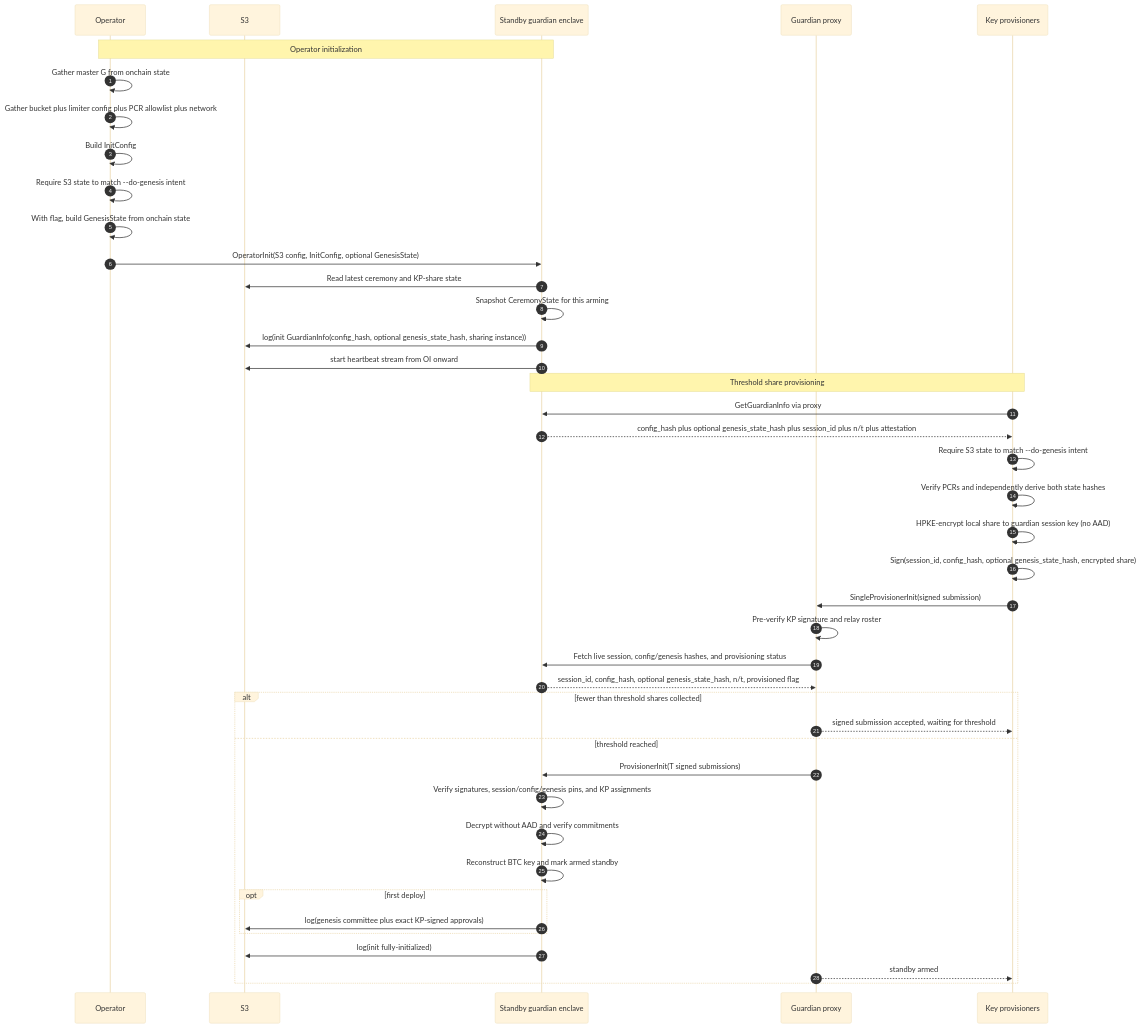
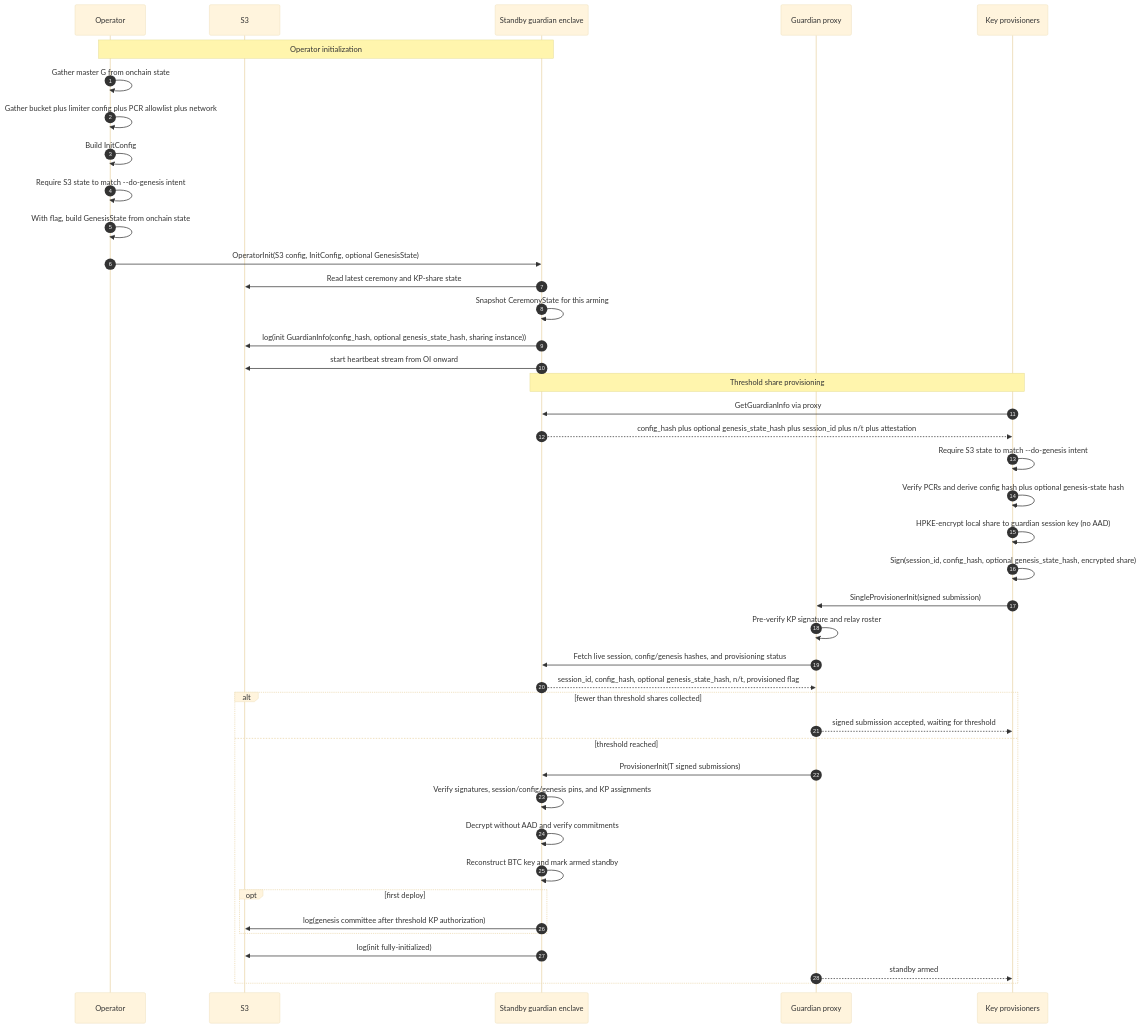
One commit to MystenLabs/hashi changed the second of 4 diagrams in design/docs/guardian.mdx. Above: the diagram before and after it, drawn with Mermaid (base theme). The commit also changed other lines of this file and 7 other files, not shown here.

Commit message:
chore(guardian): omit genesis approval persistence

````diff
--- a/design/docs/guardian.mdx
+++ b/design/docs/guardian.mdx
@@ -77,47 +77,47 @@
 ```mermaid
 sequenceDiagram
     autonumber
 
     participant Operator
     participant S3
     participant Guardian as Standby guardian enclave
     participant Proxy as Guardian proxy
     participant KPs as Key provisioners
 
     Note over Operator,Guardian: Operator initialization
     Operator->>Operator: Gather master G from onchain state
     Operator->>Operator: Gather bucket plus limiter config plus PCR allowlist plus network
     Operator->>Operator: Build InitConfig
     Operator->>Operator: Require S3 state to match --do-genesis intent
     Operator->>Operator: With flag, build GenesisState from onchain state
     Operator->>Guardian: OperatorInit(S3 config, InitConfig, optional GenesisState)
     Guardian->>S3: Read latest ceremony and KP-share state
     Guardian->>Guardian: Snapshot CeremonyState for this arming
     Guardian->>S3: log(init GuardianInfo(config_hash, optional genesis_state_hash, sharing instance))
     Guardian->>S3: start heartbeat stream from OI onward
 
     Note over KPs,Guardian: Threshold share provisioning
     KPs->>Guardian: GetGuardianInfo via proxy
     Guardian-->>KPs: config_hash plus optional genesis_state_hash plus session_id plus n/t plus attestation
     KPs->>KPs: Require S3 state to match --do-genesis intent
-    KPs->>KPs: Verify PCRs and independently derive both state hashes
+    KPs->>KPs: Verify PCRs and derive config hash plus optional genesis-state hash
     KPs->>KPs: HPKE-encrypt local share to guardian session key (no AAD)
     KPs->>KPs: Sign(session_id, config_hash, optional genesis_state_hash, encrypted share)
     KPs->>Proxy: SingleProvisionerInit(signed submission)
     Proxy->>Proxy: Pre-verify KP signature and relay roster
     Proxy->>Guardian: Fetch live session, config/genesis hashes, and provisioning status
     Guardian-->>Proxy: session_id, config_hash, optional genesis_state_hash, n/t, provisioned flag
     alt fewer than threshold shares collected
         Proxy-->>KPs: signed submission accepted, waiting for threshold
     else threshold reached
         Proxy->>Guardian: ProvisionerInit(T signed submissions)
         Guardian->>Guardian: Verify signatures, session/config/genesis pins, and KP assignments
         Guardian->>Guardian: Decrypt without AAD and verify commitments
         Guardian->>Guardian: Reconstruct BTC key and mark armed standby
         opt first deploy
-            Guardian->>S3: log(genesis committee plus exact KP-signed approvals)
+            Guardian->>S3: log(genesis committee after threshold KP authorization)
         end
         Guardian->>S3: log(init fully-initialized)
         Proxy-->>KPs: standby armed
     end
 ```
````
